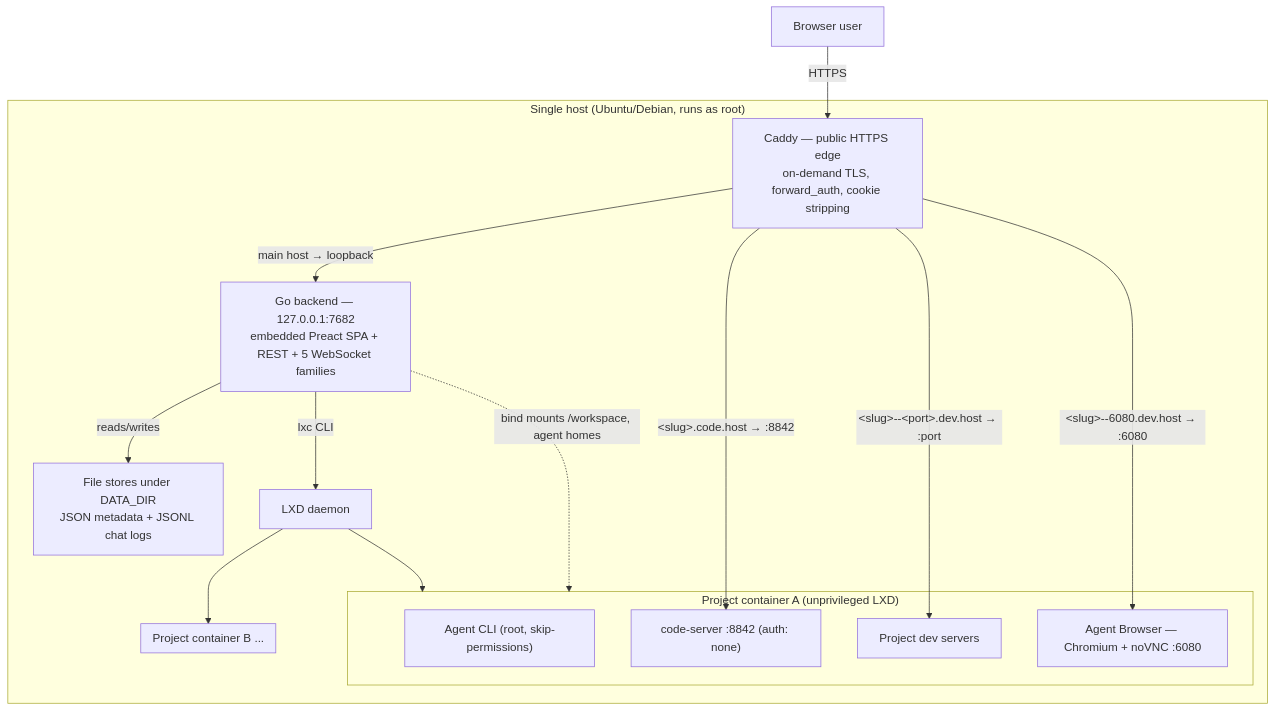
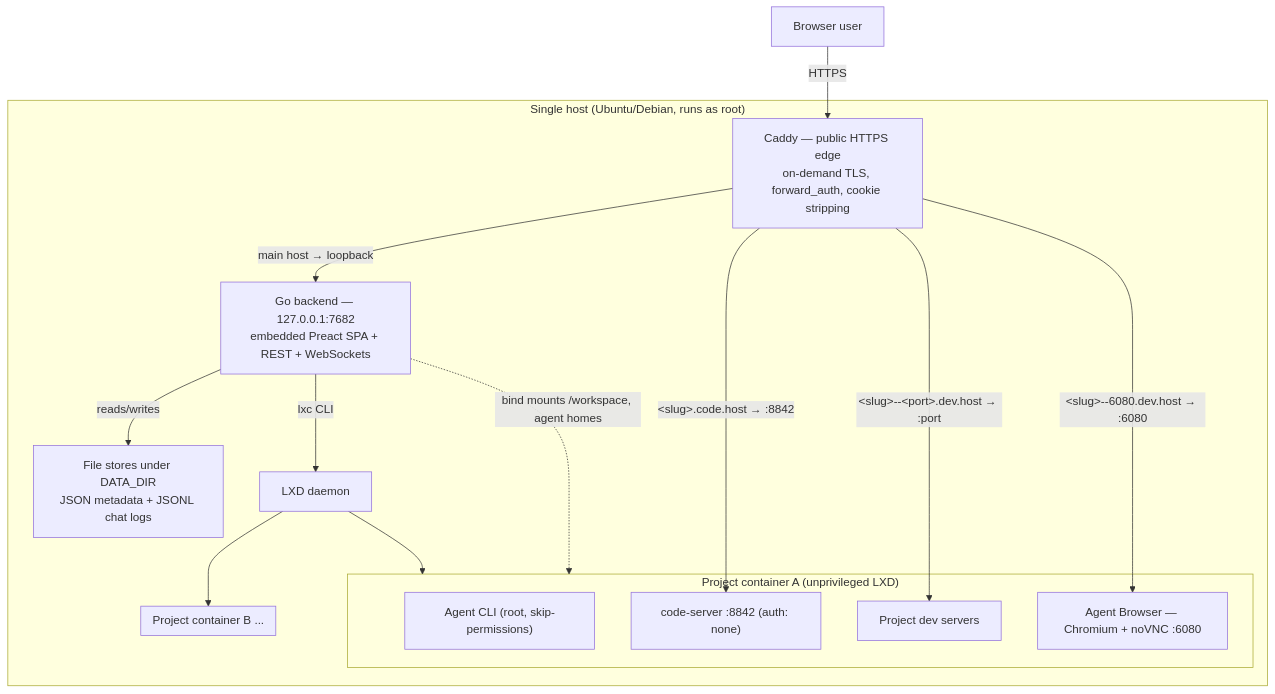
One commit to AbdallahMohamedDotnet/remote.futrx changed the first of 2 diagrams in ARCHITECTURE.md. Above: the diagram before and after it, drawn with Mermaid. The commit also changed other lines of this file and 27 other files, not shown here.

````diff
--- a/ARCHITECTURE.md
+++ b/ARCHITECTURE.md
@@ -18,31 +18,31 @@
 ```mermaid
 flowchart TB
     User["Browser user"]
 
     subgraph Host["Single host (Ubuntu/Debian, runs as root)"]
         Caddy["Caddy — public HTTPS edge<br/>on-demand TLS, forward_auth, cookie stripping"]
-        Go["Go backend — 127.0.0.1:7682<br/>embedded Preact SPA + REST + 5 WebSocket families"]
+        Go["Go backend — 127.0.0.1:7682<br/>embedded Preact SPA + REST + WebSockets"]
         Stores["File stores under DATA_DIR<br/>JSON metadata + JSONL chat logs"]
         LXD["LXD daemon"]
 
         subgraph C1["Project container A (unprivileged LXD)"]
             AgentA["Agent CLI (root, skip-permissions)"]
             IDEA["code-server :8842 (auth: none)"]
             AppA["Project dev servers"]
             BrowA["Agent Browser — Chromium + noVNC :6080"]
         end
         subgraph C2["Project container B ..."]
         end
     end
 
     User -->|HTTPS| Caddy
     Caddy -->|"main host → loopback"| Go
     Caddy -->|"&lt;slug&gt;.code.host → :8842"| IDEA
     Caddy -->|"&lt;slug&gt;--&lt;port&gt;.dev.host → :port"| AppA
     Caddy -->|"&lt;slug&gt;--6080.dev.host → :6080"| BrowA
     Go -->|reads/writes| Stores
     Go -->|lxc CLI| LXD
     LXD --> C1
     LXD --> C2
     Go -.->|"bind mounts /workspace, agent homes"| C1
 ```
````
